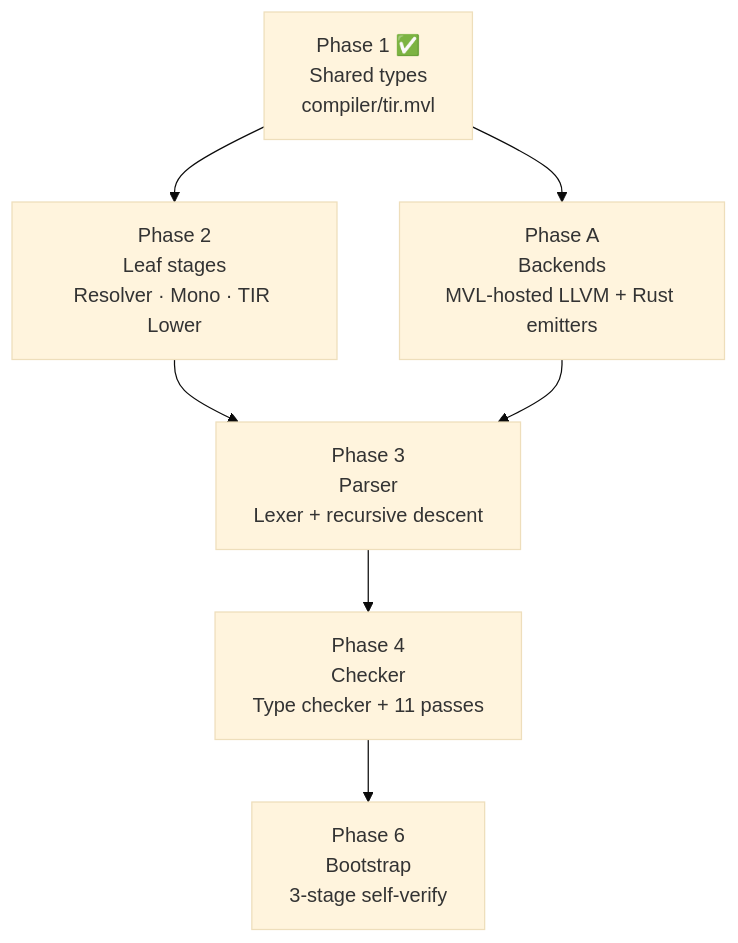
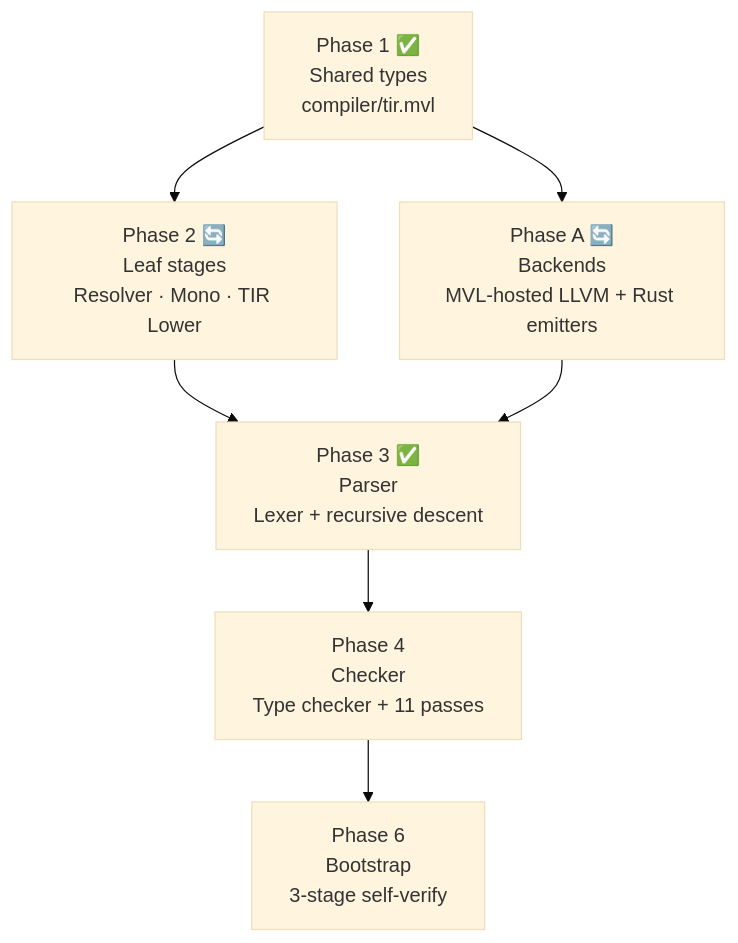
The diagram in docs/docs/bootstrapping.md (mvl-lang/mvl-lang.github.io), drawn with Mermaid (base theme) before and after one commit. The commit also changed other lines of this file, not shown here.

````diff
--- a/docs/docs/bootstrapping.md
+++ b/docs/docs/bootstrapping.md
@@ -132,12 +143,12 @@
 ```mermaid
 graph TD
     A["Phase 1 ✅<br/>Shared types<br/>compiler/tir.mvl"] --> B
     A --> C
-    B["Phase 2<br/>Leaf stages<br/>Resolver · Mono · TIR Lower"]
-    C["Phase A<br/>Backends<br/>MVL-hosted LLVM + Rust emitters"]
+    B["Phase 2 🔄<br/>Leaf stages<br/>Resolver · Mono · TIR Lower"]
+    C["Phase A 🔄<br/>Backends<br/>MVL-hosted LLVM + Rust emitters"]
     B --> D
     C --> D
-    D["Phase 3<br/>Parser<br/>Lexer + recursive descent"]
+    D["Phase 3 ✅<br/>Parser<br/>Lexer + recursive descent"]
     D --> E["Phase 4<br/>Checker<br/>Type checker + 11 passes"]
     E --> F["Phase 6<br/>Bootstrap<br/>3-stage self-verify"]
 ```
````
